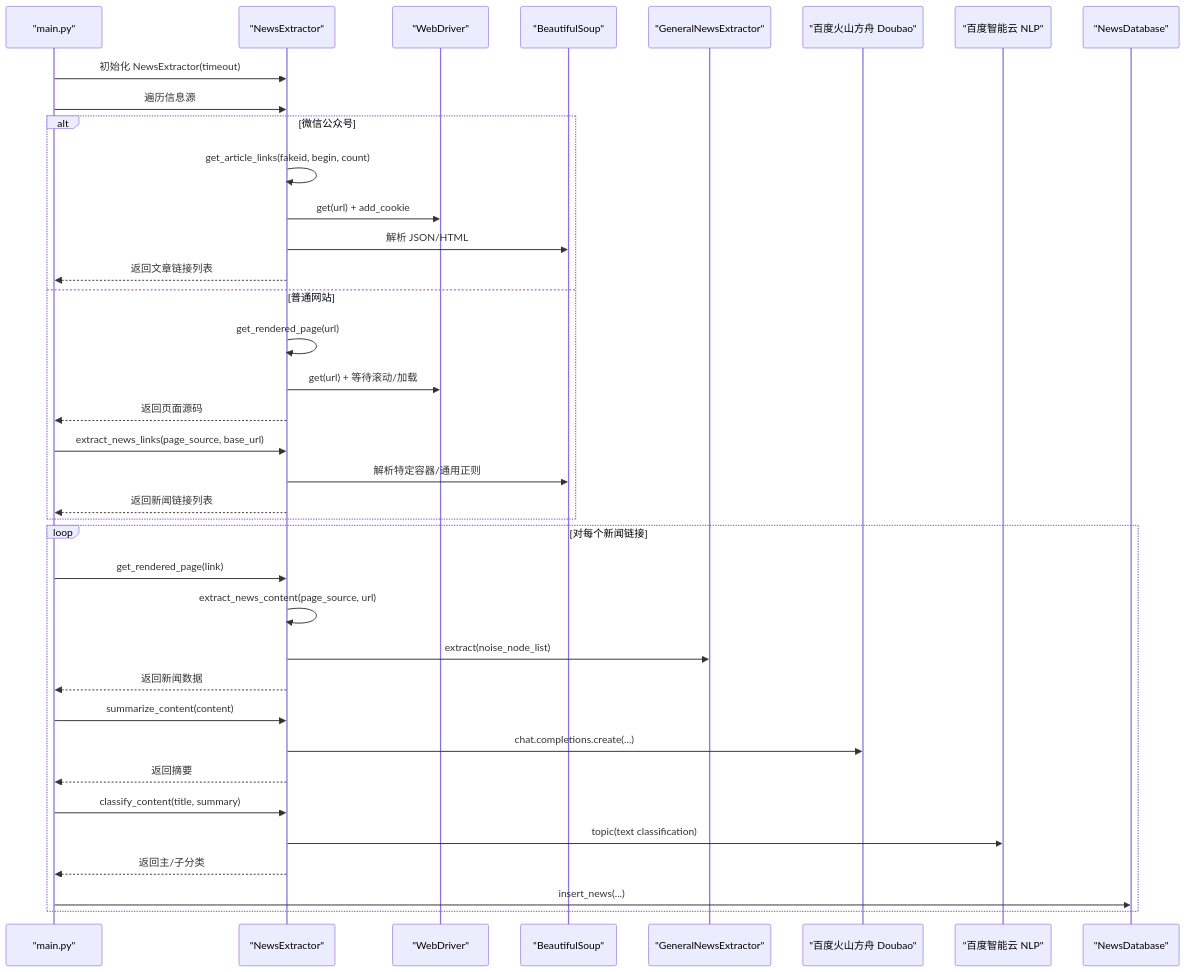
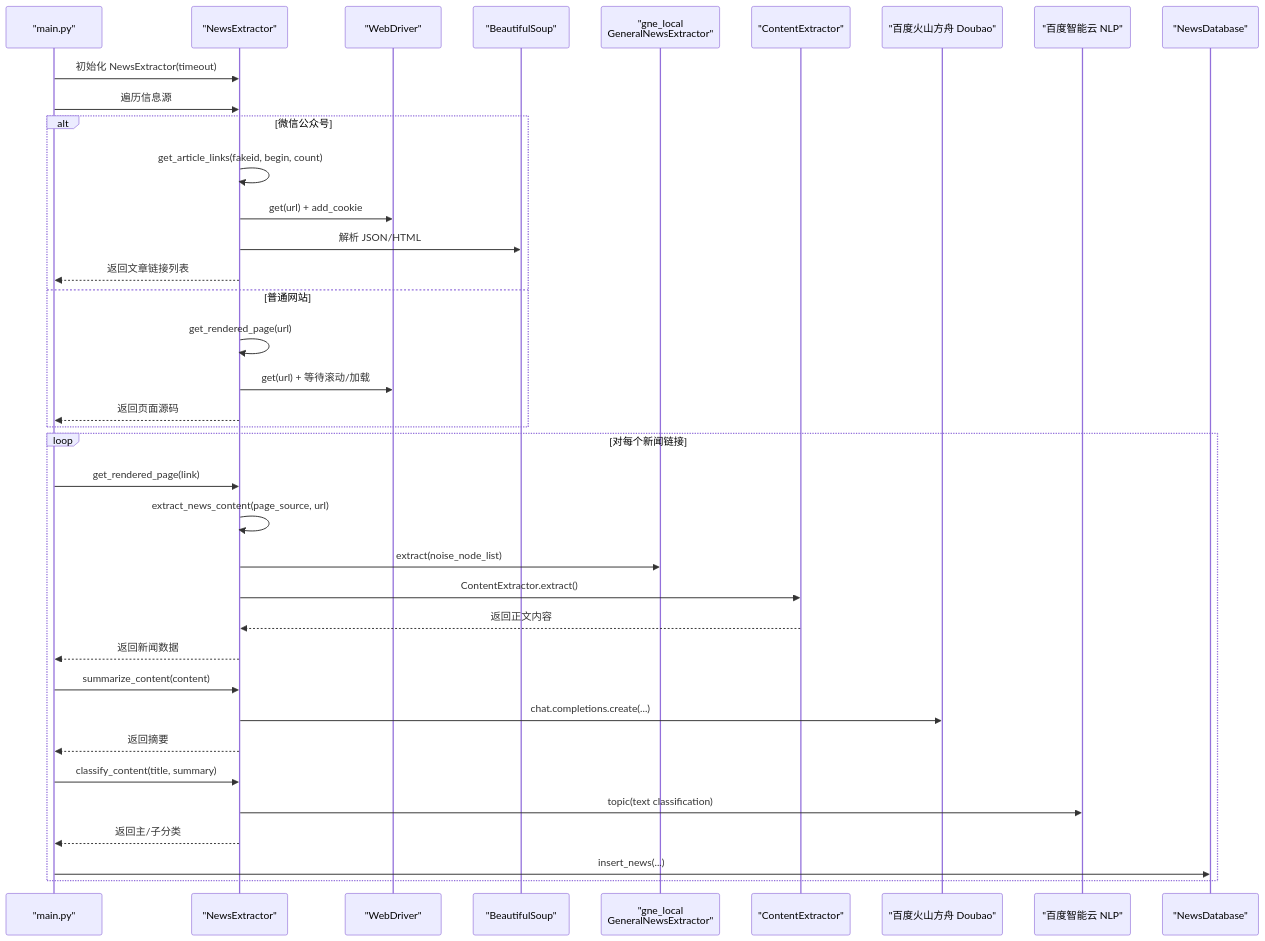
Before and after one commit to dengwanqian/news-exacter: the second of 5 diagrams in .qoder/repowiki/zh/content/核心模块详解/新闻提取器模块 (news_extractor.py).md, drawn with Mermaid. The commit also changed other lines of this file and 7 other files, not shown here.

````diff
--- a/.qoder/repowiki/zh/content/核心模块详解/新闻提取器模块 (news_extractor.py).md
+++ b/.qoder/repowiki/zh/content/核心模块详解/新闻提取器模块 (news_extractor.py).md
@@ -99,39 +116,39 @@
 ```mermaid
 sequenceDiagram
 participant M as "main.py"
 participant NE as "NewsExtractor"
 participant WD as "WebDriver"
 participant BS as "BeautifulSoup"
-participant GNE as "GeneralNewsExtractor"
+participant GNE as "gne_local<br/>GeneralNewsExtractor"
+participant CE as "ContentExtractor"
 participant ARK as "百度火山方舟 Doubao"
 participant BDU as "百度智能云 NLP"
 participant DB as "NewsDatabase"
 M->>NE : 初始化 NewsExtractor(timeout)
 M->>NE : 遍历信息源
 alt 微信公众号
 NE->>NE : get_article_links(fakeid, begin, count)
 NE->>WD : get(url) + add_cookie
 NE->>BS : 解析 JSON/HTML
 NE-->>M : 返回文章链接列表
 else 普通网站
 NE->>NE : get_rendered_page(url)
 NE->>WD : get(url) + 等待滚动/加载
 NE-->>M : 返回页面源码
-M->>NE : extract_news_links(page_source, base_url)
-NE->>BS : 解析特定容器/通用正则
-NE-->>M : 返回新闻链接列表
 end
 loop 对每个新闻链接
 M->>NE : get_rendered_page(link)
 NE->>NE : extract_news_content(page_source, url)
 NE->>GNE : extract(noise_node_list)
+NE->>CE : ContentExtractor.extract()
+CE-->>NE : 返回正文内容
 NE-->>M : 返回新闻数据
 M->>NE : summarize_content(content)
 NE->>ARK : chat.completions.create(...)
 NE-->>M : 返回摘要
 M->>NE : classify_content(title, summary)
 NE->>BDU : topic(text classification)
 NE-->>M : 返回主/子分类
 M->>DB : insert_news(...)
 end
 ```
````
